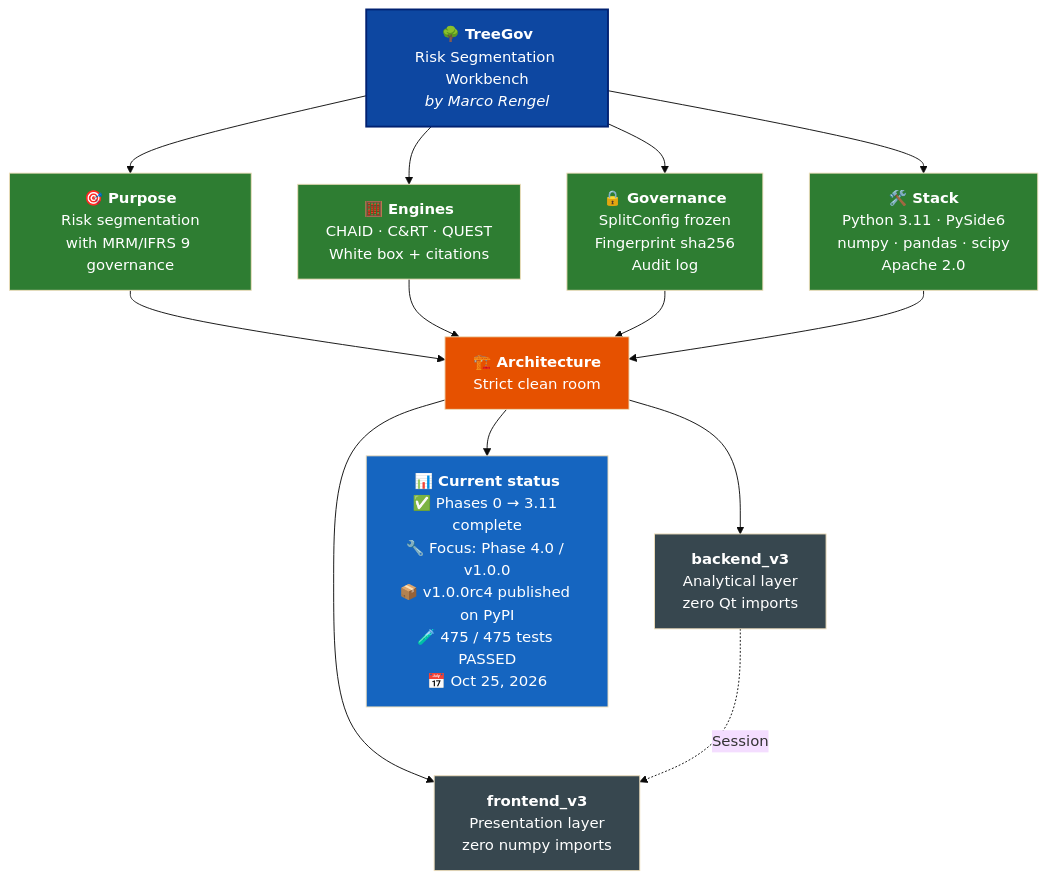
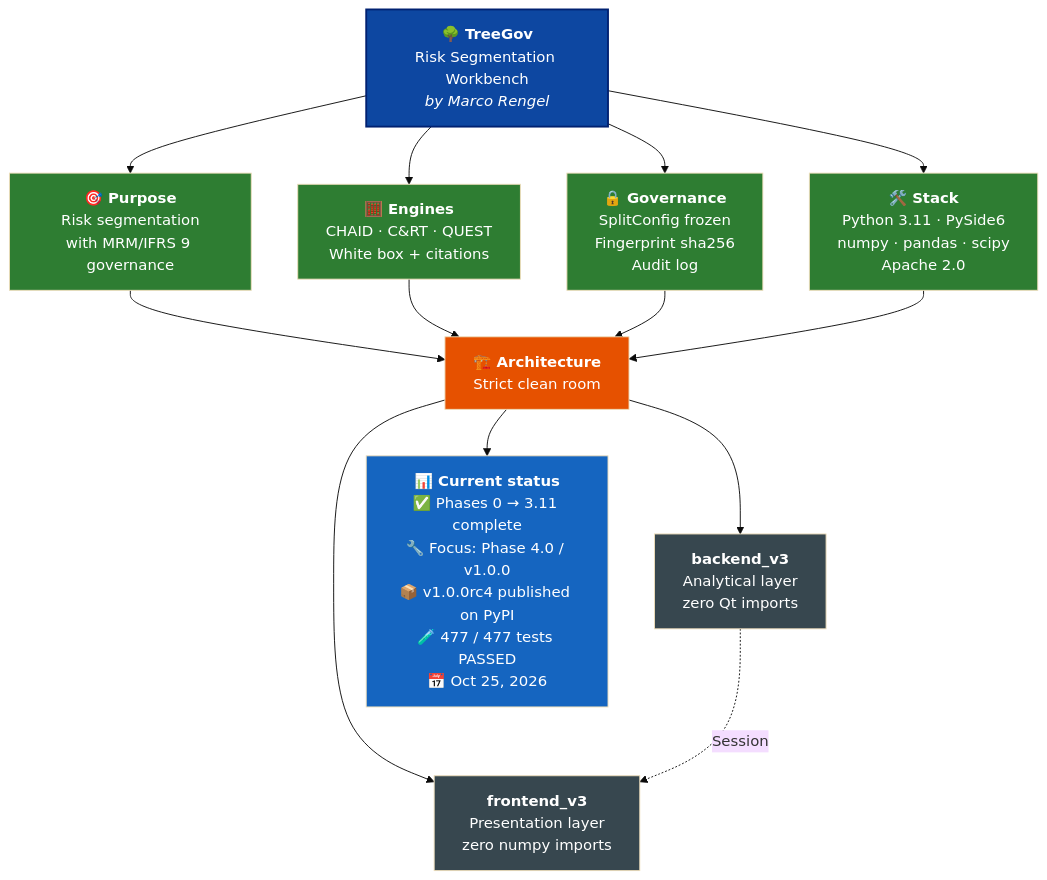
One commit to Marco-Rengel/treegov changed the diagram in README.md. Above: the diagram before and after it, drawn with Mermaid (base theme). The commit also changed other lines of this file and 8 other files, not shown here.

````diff
--- a/README.md
+++ b/README.md
@@ -38,31 +38,31 @@
 ```mermaid
 flowchart TB
     TG["<b>🌳 TreeGov</b><br/>Risk Segmentation Workbench<br/><i>by Marco Rengel</i>"]
 
     TG --> P["<b>🎯 Purpose</b><br/>Risk segmentation<br/>with MRM/IFRS 9 governance"]
     TG --> M["<b>🧮 Engines</b><br/>CHAID · C&RT · QUEST<br/>White box + citations"]
     TG --> G["<b>🔒 Governance</b><br/>SplitConfig frozen<br/>Fingerprint sha256<br/>Audit log"]
     TG --> S["<b>🛠️ Stack</b><br/>Python 3.11 · PySide6<br/>numpy · pandas · scipy<br/>Apache 2.0"]
 
     P --> ARQ["<b>🏗️ Architecture</b><br/>Strict clean room"]
     M --> ARQ
     G --> ARQ
     S --> ARQ
 
     ARQ --> BE["<b>backend_v3</b><br/>Analytical layer<br/>zero Qt imports"]
     ARQ --> FE["<b>frontend_v3</b><br/>Presentation layer<br/>zero numpy imports"]
 
     BE -.->|Session| FE
 
-    ARQ --> ST["<b>📊 Current status</b><br/>✅ Phases 0 → 3.11 complete<br/>🔧 Focus: Phase 4.0 / v1.0.0<br/>📦 v1.0.0rc4 published on PyPI<br/>🧪 475 / 475 tests PASSED<br/>📅 Oct 25, 2026"]
+    ARQ --> ST["<b>📊 Current status</b><br/>✅ Phases 0 → 3.11 complete<br/>🔧 Focus: Phase 4.0 / v1.0.0<br/>📦 v1.0.0rc4 published on PyPI<br/>🧪 477 / 477 tests PASSED<br/>📅 Oct 25, 2026"]
 
     style TG fill:#0D47A1,color:#fff,stroke:#002171,stroke-width:2px
     style P fill:#2E7D32,color:#fff
     style M fill:#2E7D32,color:#fff
     style G fill:#2E7D32,color:#fff
     style S fill:#2E7D32,color:#fff
     style ARQ fill:#E65100,color:#fff
     style BE fill:#37474F,color:#fff
     style FE fill:#37474F,color:#fff
     style ST fill:#1565C0,color:#fff
 ```
````
